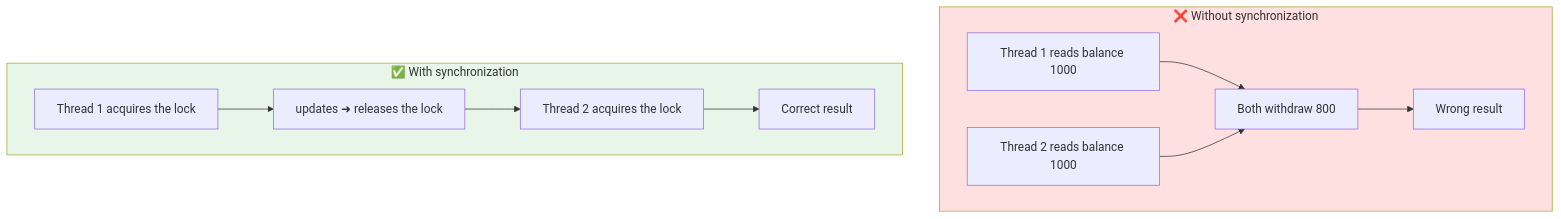
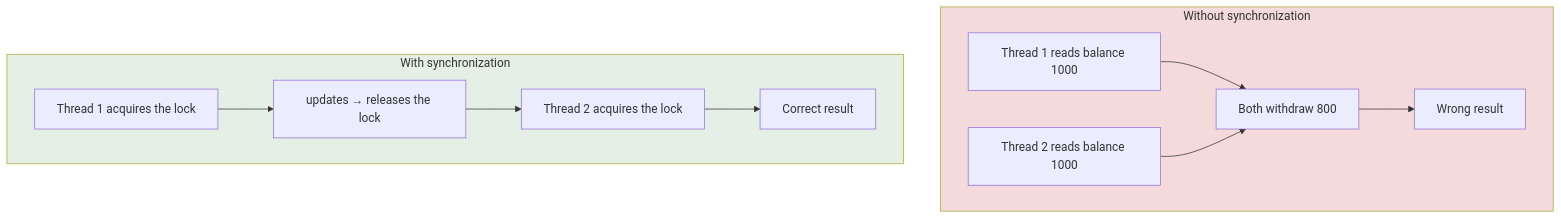
Before and after one commit to kundankumarsharma56/Leaning-Java: the first of 2 diagrams in src/Theory/09-Multi-Threading/04-Synchronization.md, drawn with Mermaid. The commit also changed other lines of this file and 84 other files, not shown here.

````diff
--- a/src/Theory/09-Multi-Threading/04-Synchronization.md
+++ b/src/Theory/09-Multi-Threading/04-Synchronization.md
@@ -23,14 +23,14 @@
 ```mermaid
 flowchart TD
-    subgraph BAD["❌ Without synchronization"]
+    subgraph BAD["Without synchronization"]
         T1["Thread 1 reads balance 1000"] --> W["Both withdraw 800"]
         T2["Thread 2 reads balance 1000"] --> W
         W --> R1["Wrong result"]
     end
-    subgraph GOOD["✅ With synchronization"]
-        S1["Thread 1 acquires the lock"] --> S2["updates ➜ releases the lock"]
+    subgraph GOOD["With synchronization"]
+        S1["Thread 1 acquires the lock"] --> S2["updates → releases the lock"]
         S2 --> S3["Thread 2 acquires the lock"] --> S4["Correct result"]
     end
-    style BAD fill:#ffe0e0
-    style GOOD fill:#e8f5e9
+    style BAD fill:#f4dada
+    style GOOD fill:#e4efe6
 ```
````
